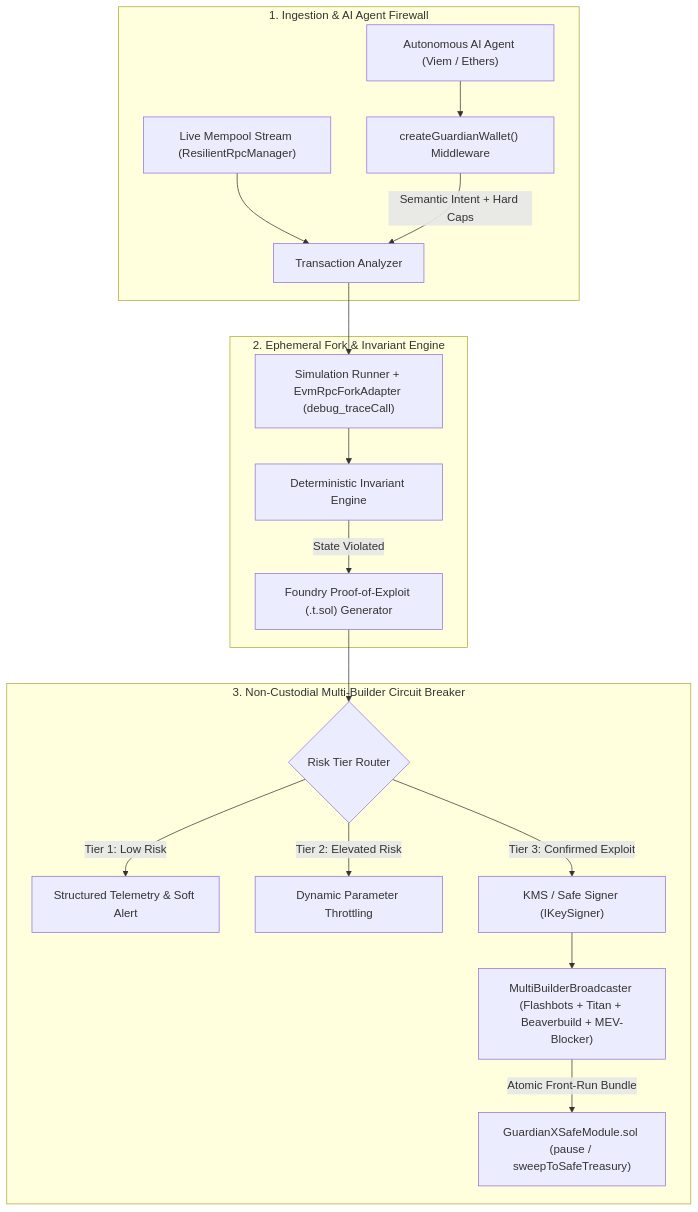
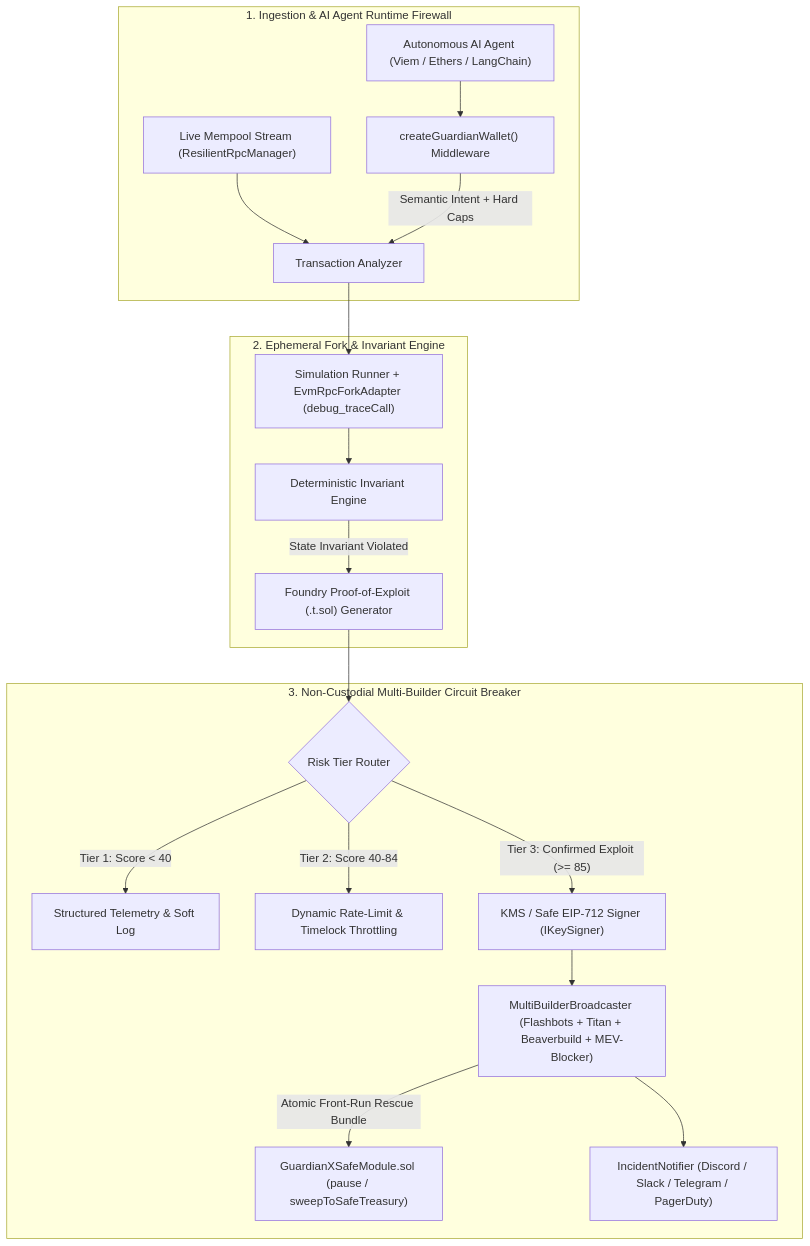
The diagram in README.md (abhishekgautam95/gaurdianx), drawn with Mermaid before and after one commit. The commit also changed other lines of this file, not shown here.

````diff
--- a/README.md
+++ b/README.md
@@ -58,23 +104,24 @@
 ```mermaid
 flowchart TD
-    subgraph Ingestion ["1. Ingestion & AI Agent Firewall"]
+    subgraph Ingestion ["1. Ingestion & AI Agent Runtime Firewall"]
         MP["Live Mempool Stream (ResilientRpcManager)"] --> TA["Transaction Analyzer"]
-        LLM["Autonomous AI Agent (Viem / Ethers)"] --> CGW["createGuardianWallet() Middleware"]
+        LLM["Autonomous AI Agent (Viem / Ethers / LangChain)"] --> CGW["createGuardianWallet() Middleware"]
         CGW -->|"Semantic Intent + Hard Caps"| TA
     end
 
     subgraph Verification ["2. Ephemeral Fork & Invariant Engine"]
         TA --> SR["Simulation Runner + EvmRpcForkAdapter (debug_traceCall)"]
         SR --> IE["Deterministic Invariant Engine"]
-        IE -->|"State Violated"| POE["Foundry Proof-of-Exploit (.t.sol) Generator"]
+        IE -->|"State Invariant Violated"| POE["Foundry Proof-of-Exploit (.t.sol) Generator"]
     end
 
     subgraph Mitigation ["3. Non-Custodial Multi-Builder Circuit Breaker"]
         POE --> CB{"Risk Tier Router"}
-        CB -->|"Tier 1: Low Risk"| T1["Structured Telemetry & Soft Alert"]
-        CB -->|"Tier 2: Elevated Risk"| T2["Dynamic Parameter Throttling"]
-        CB -->|"Tier 3: Confirmed Exploit"| T3["KMS / Safe Signer (IKeySigner)"]
+        CB -->|"Tier 1: Score < 40"| T1["Structured Telemetry & Soft Log"]
+        CB -->|"Tier 2: Score 40-84"| T2["Dynamic Rate-Limit & Timelock Throttling"]
+        CB -->|"Tier 3: Confirmed Exploit (>= 85)"| T3["KMS / Safe EIP-712 Signer (IKeySigner)"]
         T3 --> MBB["MultiBuilderBroadcaster (Flashbots + Titan + Beaverbuild + MEV-Blocker)"]
-        MBB -->|"Atomic Front-Run Bundle"| GSM["GuardianXSafeModule.sol (pause / sweepToSafeTreasury)"]
+        MBB -->|"Atomic Front-Run Rescue Bundle"| GSM["GuardianXSafeModule.sol (pause / sweepToSafeTreasury)"]
+        MBB --> ALERT["IncidentNotifier (Discord / Slack / Telegram / PagerDuty)"]
     end
 ```
````
